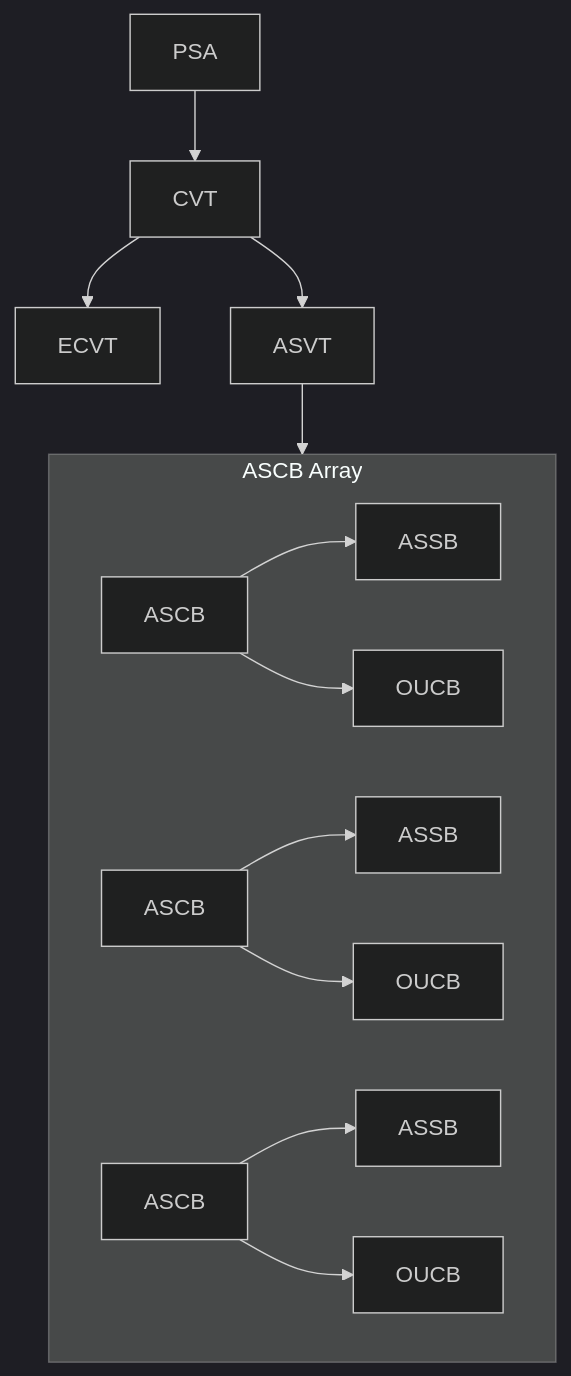
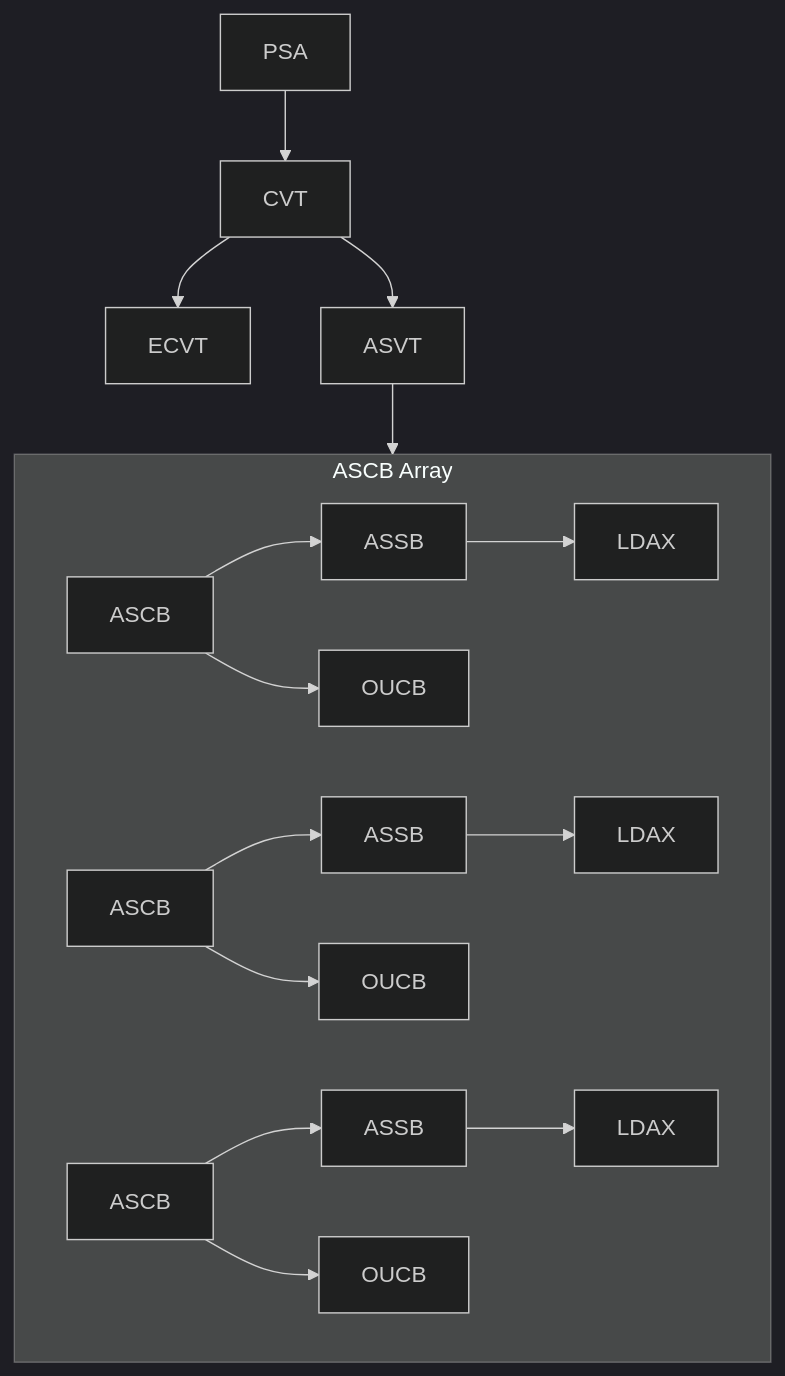
The fourth of 4 diagrams in include_patterns.md (ambitus/cbxp), drawn with Mermaid (dark theme) before and after one commit. The commit also changed other lines of this file and 10 other files, not shown here.

```diff
--- a/include_patterns.md
+++ b/include_patterns.md
@@ -175,19 +175,22 @@
 <pre class="mermaid">
   flowchart TD
     PSA
     PSA--> CVT
     CVT--> ECVT
     CVT--> ASVT
     ASVT--> ASCBs
     subgraph ASCBs["ASCB Array"]
         ASCB1["ASCB"]
         ASCB1--> ASSB1["ASSB"]
+        ASSB1--> LDAX1["LDAX"]
         ASCB1--> OUCB1["OUCB"]
         ASCB2["ASCB"]
         ASCB2--> ASSB2["ASSB"]
+        ASSB2--> LDAX2["LDAX"]
         ASCB2--> OUCB2["OUCB"]
         ASCB3["ASCB"]
         ASCB3--> ASSB3["ASSB"]
+        ASSB3--> LDAX3["LDAX"]
         ASCB3--> OUCB3["OUCB"]
     end
 </pre>
```
